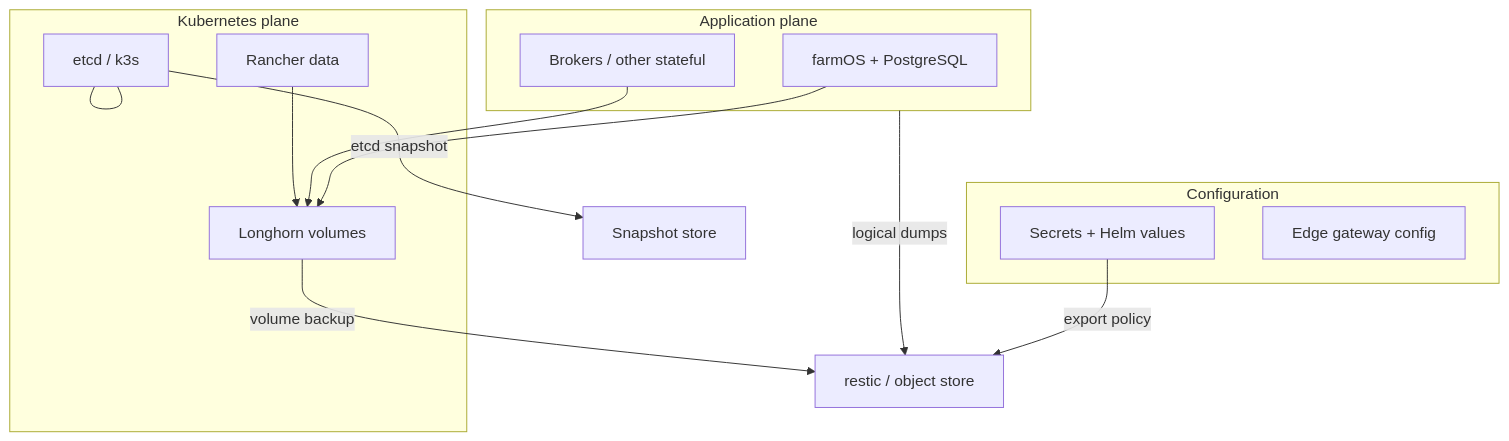
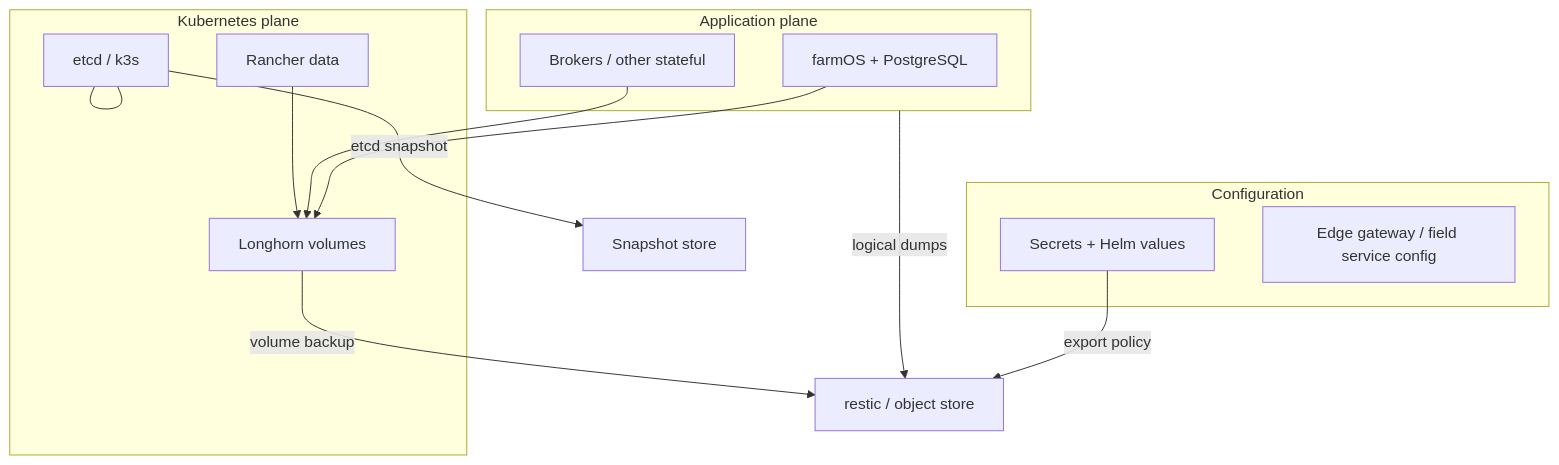
Before and after one commit to sempervent/smart-farm-wiki: the diagram in wiki/analyses/backup-and-disaster-recovery-package-smart-farm-stack.md, drawn with Mermaid. The commit also changed other lines of this file and 170 other files, not shown here.

````diff
--- a/wiki/analyses/backup-and-disaster-recovery-package-smart-farm-stack.md
+++ b/wiki/analyses/backup-and-disaster-recovery-package-smart-farm-stack.md
@@ -74,24 +106,24 @@
 ```mermaid
 flowchart TB
   subgraph apps [Application plane]
     F[farmOS + PostgreSQL]
     B[Brokers / other stateful]
   end
   subgraph k8s [Kubernetes plane]
     E[etcd / k3s]
     L[Longhorn volumes]
     R[Rancher data]
   end
   subgraph cfg [Configuration]
     S[Secrets + Helm values]
-    G[Edge gateway config]
+    G[Edge gateway / field service config]
   end
   F --> L
   B --> L
   R --> L
   E --- E
   apps --> |logical dumps| Restic[restic / object store]
   L --> |volume backup| Restic
   E --> |etcd snapshot| Snap[Snapshot store]
   S --> |export policy| Restic
 ```
````
